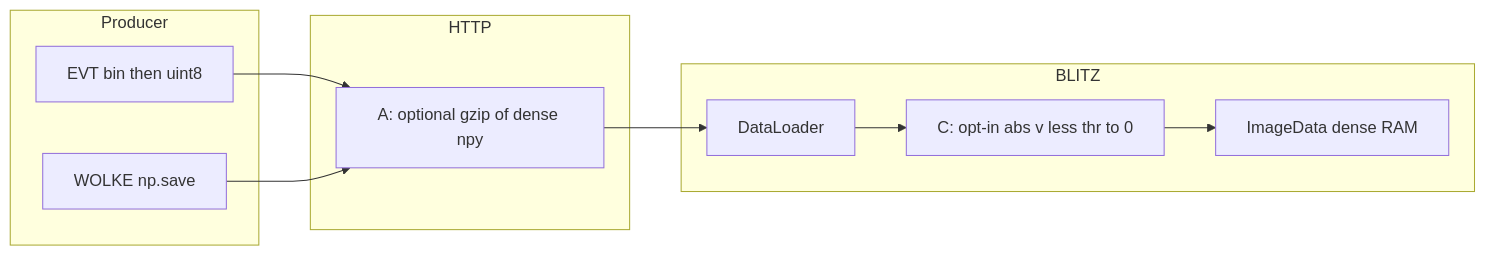
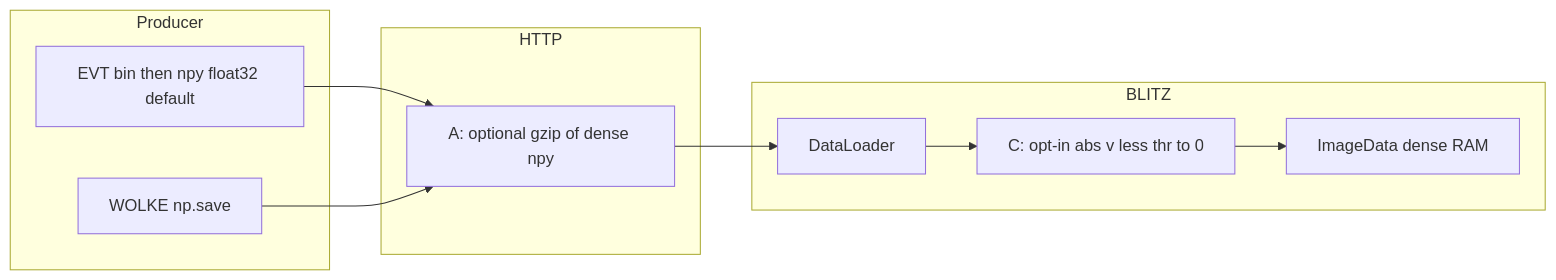
One commit to PiMaV/BLITZ changed the diagram in docs/architecture.md. Above: the diagram before and after it, drawn with Mermaid. The commit also changed other lines of this file and 4 other files, not shown here.

````diff
--- a/docs/architecture.md
+++ b/docs/architecture.md
@@ -20,20 +20,20 @@
 ```mermaid
 flowchart LR
   subgraph produce [Producer]
-    evt["EVT bin then uint8"]
+    evt["EVT bin then npy float32 default"]
     wolke["WOLKE np.save"]
   end
   subgraph wire [HTTP]
     A["A: optional gzip of dense npy"]
   end
   subgraph blitzLoad [BLITZ]
     dl["DataLoader"]
     C["C: opt-in abs v less thr to 0"]
     idata["ImageData dense RAM"]
   end
   evt --> A
   wolke --> A
   A --> dl
   dl --> C
   C --> idata
 ```
````
